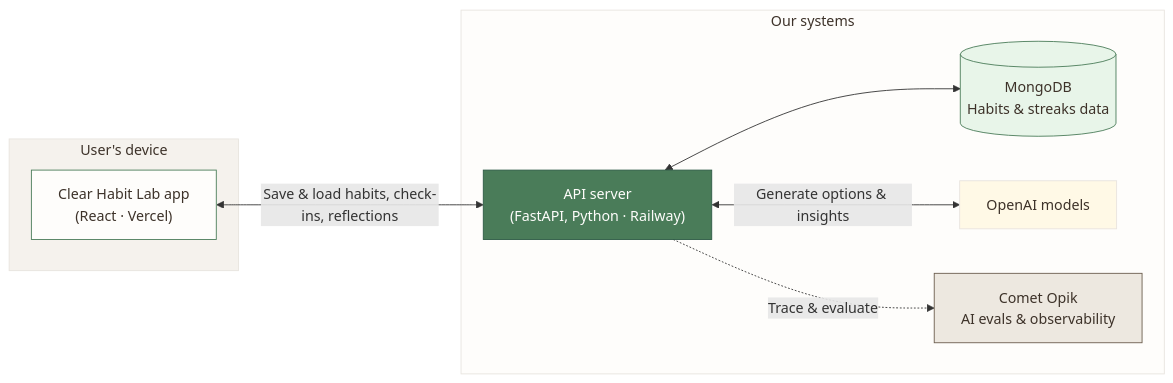
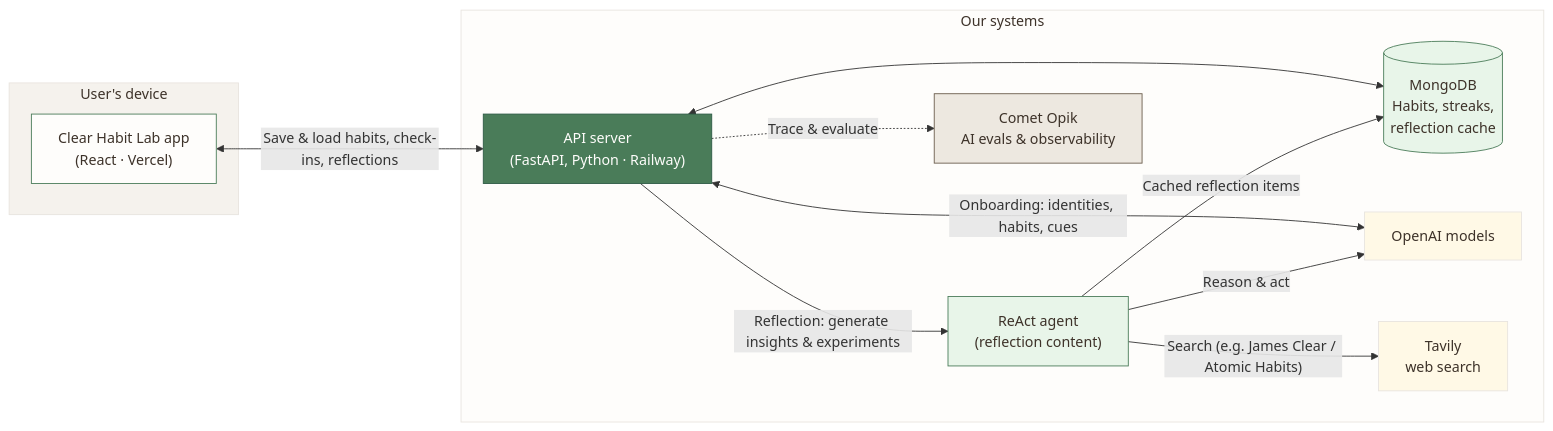
One commit to girisheduru/chlapp changed the third of 4 diagrams in docs/product-overview-diagram.md. Above: the diagram before and after it, drawn with Mermaid. The commit also changed other lines of this file, not shown here.

Commit message:
updating diagram

````diff
--- a/docs/product-overview-diagram.md
+++ b/docs/product-overview-diagram.md
@@ -97,26 +97,34 @@
 ```mermaid
 flowchart LR
   subgraph UserDevice["User's device"]
     App["Clear Habit Lab app<br/>(React · Vercel)"]
   end
 
   subgraph OurSystems["Our systems"]
     API["API server<br/>(FastAPI, Python · Railway)"]
-    DB[(MongoDB<br/>Habits & streaks data)]
+    DB[(MongoDB<br/>Habits, streaks,<br/>reflection cache)]
     AI[OpenAI models]
+    ReAct["ReAct agent<br/>(reflection content)"]
+    Tavily["Tavily<br/>web search"]
     Opik["Comet Opik<br/>AI evals & observability"]
   end
 
   App <-->|"Save & load habits, check-ins, reflections"| API
   API <--> DB
-  API <-->|"Generate options & insights"| AI
+  API <-->|"Onboarding: identities, habits, cues"| AI
+  API -->|"Reflection: generate insights & experiments"| ReAct
+  ReAct -->|"Reason & act"| AI
+  ReAct -->|"Search (e.g. James Clear / Atomic Habits)"| Tavily
+  ReAct -->|"Cached reflection items"| DB
   API -.->|"Trace & evaluate"| Opik
 
   style UserDevice fill:#F5F2ED,stroke:#E8E4DF,color:#3D3229
   style OurSystems fill:#FEFDFB,stroke:#E8E4DF,color:#3D3229
   style App fill:#FEFDFB,stroke:#4A7C59,color:#3D3229
   style API fill:#4A7C59,stroke:#2D5A45,color:#FEFDFB
   style DB fill:#E8F5E9,stroke:#4A7C59,color:#3D3229
   style AI fill:#FFF9E6,stroke:#E8E4DF,color:#3D3229
+  style ReAct fill:#E8F5E9,stroke:#4A7C59,color:#3D3229
+  style Tavily fill:#FFF9E6,stroke:#E8E4DF,color:#3D3229
   style Opik fill:#EDE8E0,stroke:#6B5D4D,color:#3D3229
 ```
````
